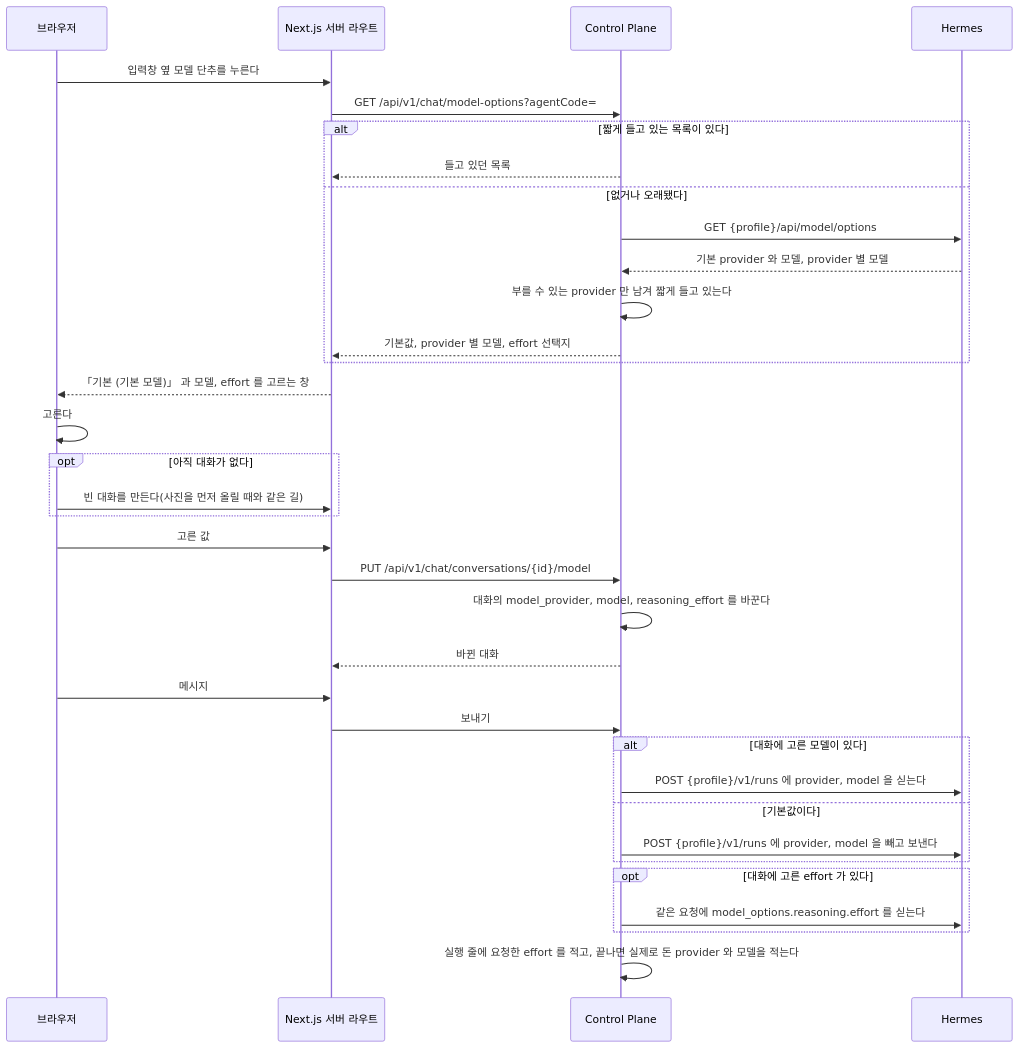
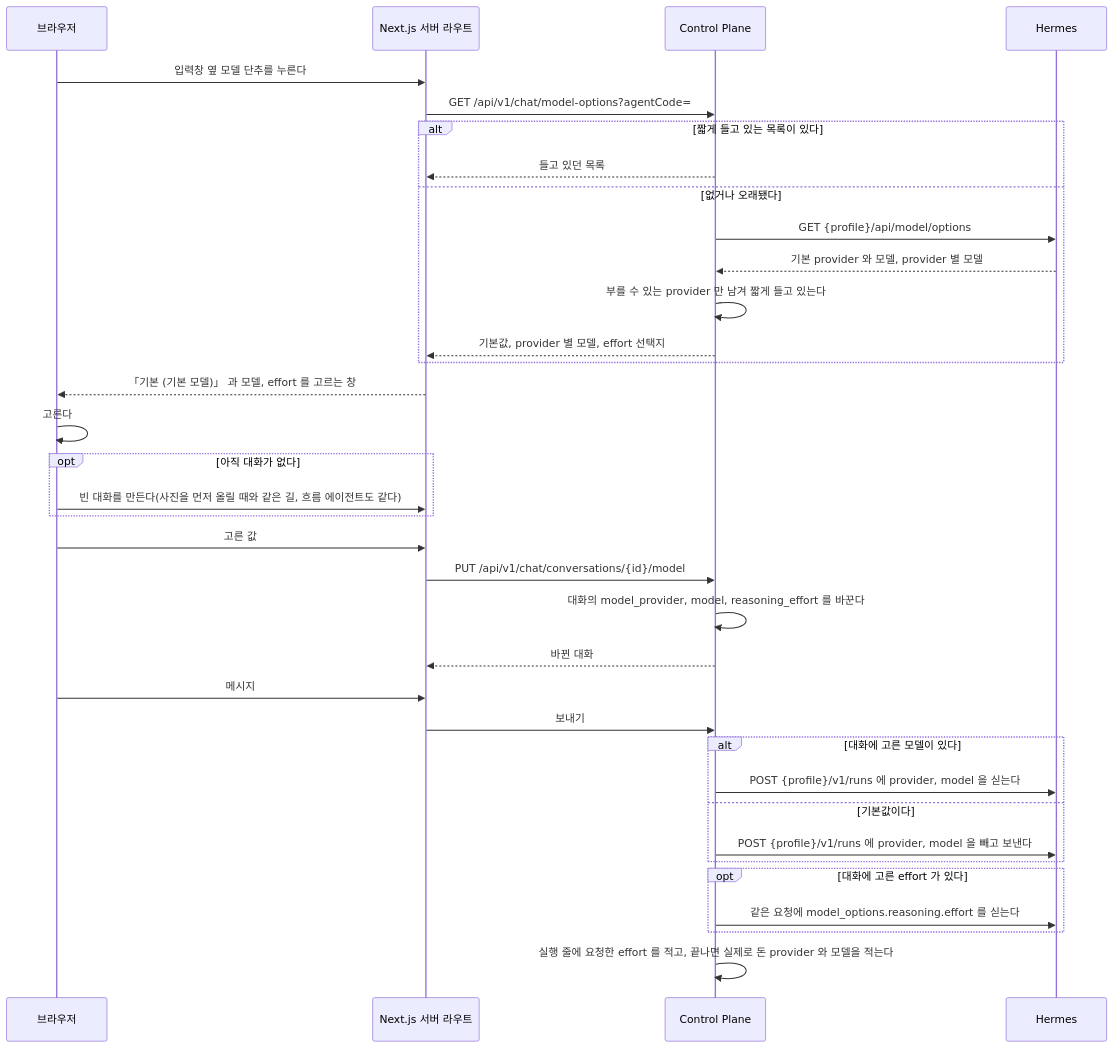
The eighth of 19 diagrams in docs/flow.md (jon890/fos-assistant), drawn with Mermaid before and after one commit. The commit also changed other lines of this file and 11 other files, not shown here.

````diff
--- a/docs/flow.md
+++ b/docs/flow.md
@@ -380,38 +380,38 @@
 ```mermaid
 sequenceDiagram
     participant B as 브라우저
     participant W as Next.js 서버 라우트
     participant C as Control Plane
     participant H as Hermes
 
     B->>W: 입력창 옆 모델 단추를 누른다
     W->>C: GET /api/v1/chat/model-options?agentCode=
     alt 짧게 들고 있는 목록이 있다
         C-->>W: 들고 있던 목록
     else 없거나 오래됐다
         C->>H: GET {profile}/api/model/options
         H-->>C: 기본 provider 와 모델, provider 별 모델
         C->>C: 부를 수 있는 provider 만 남겨 짧게 들고 있는다
         C-->>W: 기본값, provider 별 모델, effort 선택지
     end
     W-->>B: 「기본 (기본 모델)」 과 모델, effort 를 고르는 창
     B->>B: 고른다
     opt 아직 대화가 없다
-        B->>W: 빈 대화를 만든다(사진을 먼저 올릴 때와 같은 길)
+        B->>W: 빈 대화를 만든다(사진을 먼저 올릴 때와 같은 길, 흐름 에이전트도 같다)
     end
     B->>W: 고른 값
     W->>C: PUT /api/v1/chat/conversations/{id}/model
     C->>C: 대화의 model_provider, model, reasoning_effort 를 바꾼다
     C-->>W: 바뀐 대화
     B->>W: 메시지
     W->>C: 보내기
     alt 대화에 고른 모델이 있다
         C->>H: POST {profile}/v1/runs 에 provider, model 을 싣는다
     else 기본값이다
         C->>H: POST {profile}/v1/runs 에 provider, model 을 빼고 보낸다
     end
     opt 대화에 고른 effort 가 있다
         C->>H: 같은 요청에 model_options.reasoning.effort 를 싣는다
     end
     C->>C: 실행 줄에 요청한 effort 를 적고, 끝나면 실제로 돈 provider 와 모델을 적는다
 ```
````
